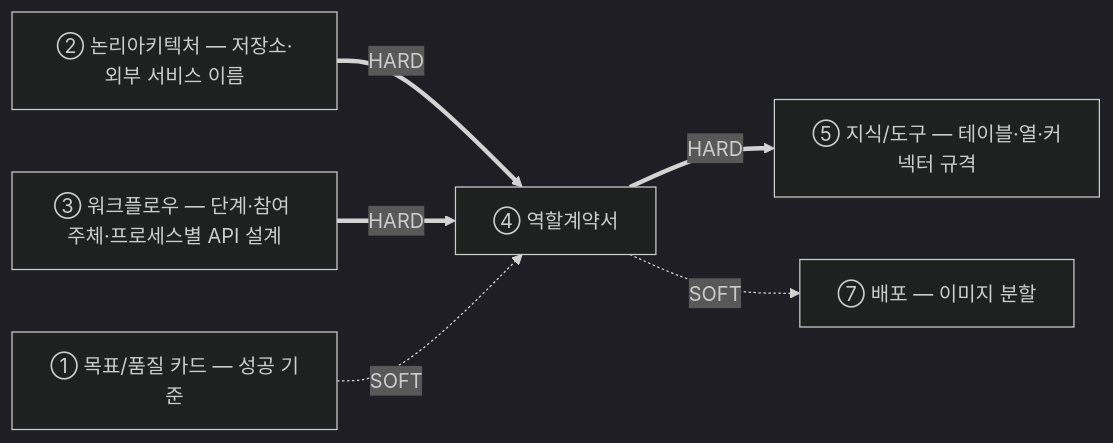
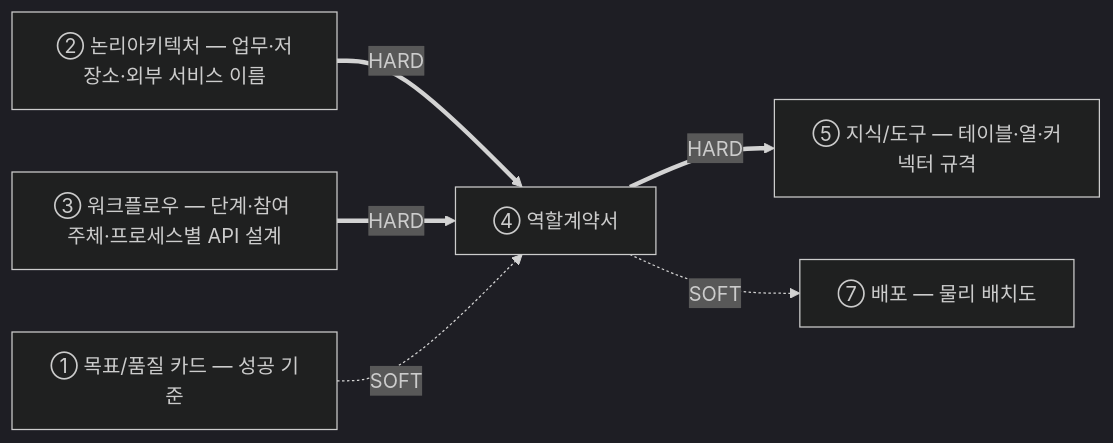
Before and after one commit to unicorn-campus/unicorn-skills: the first of 2 diagrams in design-architecture/guides/04-역할계약서-가이드.md, drawn with Mermaid (dark theme). The commit also changed other lines of this file and 16 other files, not shown here.

````diff
--- a/design-architecture/guides/04-역할계약서-가이드.md
+++ b/design-architecture/guides/04-역할계약서-가이드.md
@@ -21,8 +21,8 @@
 ```mermaid
 graph LR
-  B["② 논리아키텍처 — 저장소·외부 서비스 이름"] ==>|HARD| C
+  B["② 논리아키텍처 — 업무·저장소·외부 서비스 이름"] ==>|HARD| C
   D["③ 워크플로우 — 단계·참여 주체·프로세스별 API 설계"] ==>|HARD| C
   A["① 목표/품질 카드 — 성공 기준"] -.SOFT.-> C
   C["④ 역할계약서"] ==>|HARD| E["⑤ 지식/도구 — 테이블·열·커넥터 규격"]
-  C -.SOFT.-> G["⑦ 배포 — 이미지 분할"]
+  C -.SOFT.-> G["⑦ 배포 — 물리 배치도"]
 ```
````
